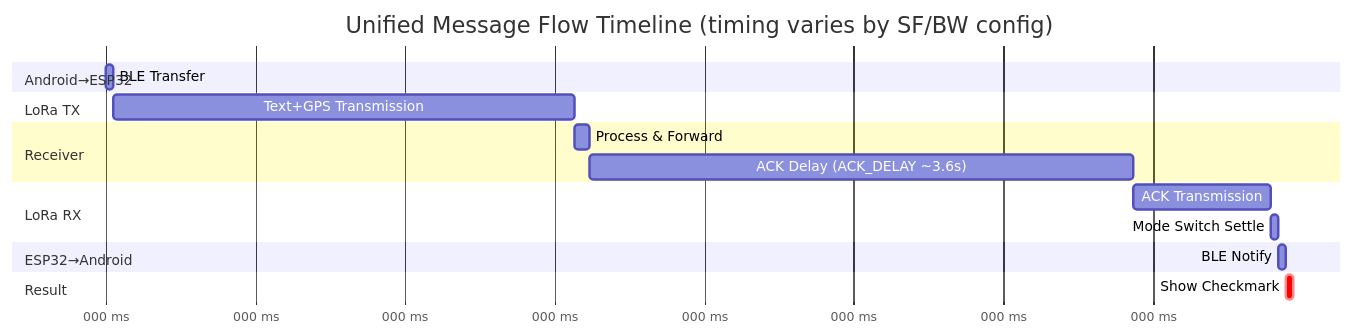
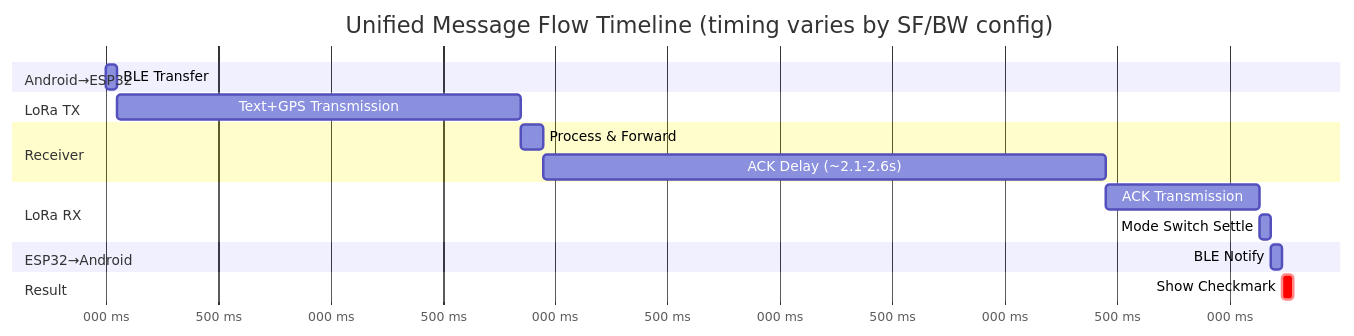
The third of 3 diagrams in README.md (psytraxx/android-lora-ble-bridge), drawn with Mermaid before and after one commit. The commit also changed other lines of this file and 3 other files, not shown here.

````diff
--- a/README.md
+++ b/README.md
@@ -439,28 +439,28 @@
 ```mermaid
 gantt
     title Unified Message Flow Timeline (timing varies by SF/BW config)
     dateFormat x
     axisFormat %L ms
 
     section Android→ESP32
     BLE Transfer          :a1, 0, 50
 
     section LoRa TX
-    Text+GPS Transmission :a2, 50, 3134
+    Text+GPS Transmission :a2, 50, 1850
 
     section Receiver
-    Process & Forward     :a3, 3134, 3234
-  ACK Delay (ACK_DELAY ~3.6s)     :a4, 3234, 6868
+    Process & Forward     :a3, 1850, 1950
+  ACK Delay (~2.1-2.6s) :a4, 1950, 4450
 
   %% WakeUp announcements are intentionally omitted from this timeline; they are only sent on Button or Cold Boot (EXT1/cold), NOT when woken by LoRa (EXT0)
 
     section LoRa RX
-    ACK Transmission      :a5, 6868, 7789
-    Mode Switch Settle    :a6, 7789, 7839
+    ACK Transmission      :a5, 4450, 5136
+    Mode Switch Settle    :a6, 5136, 5186
 
     section ESP32→Android
-    BLE Notify            :a7, 7839, 7889
+    BLE Notify            :a7, 5186, 5236
 
     section Result
-    Show Checkmark        :crit, a8, 7889, 7939
+    Show Checkmark        :crit, a8, 5236, 5286
 ```
````
